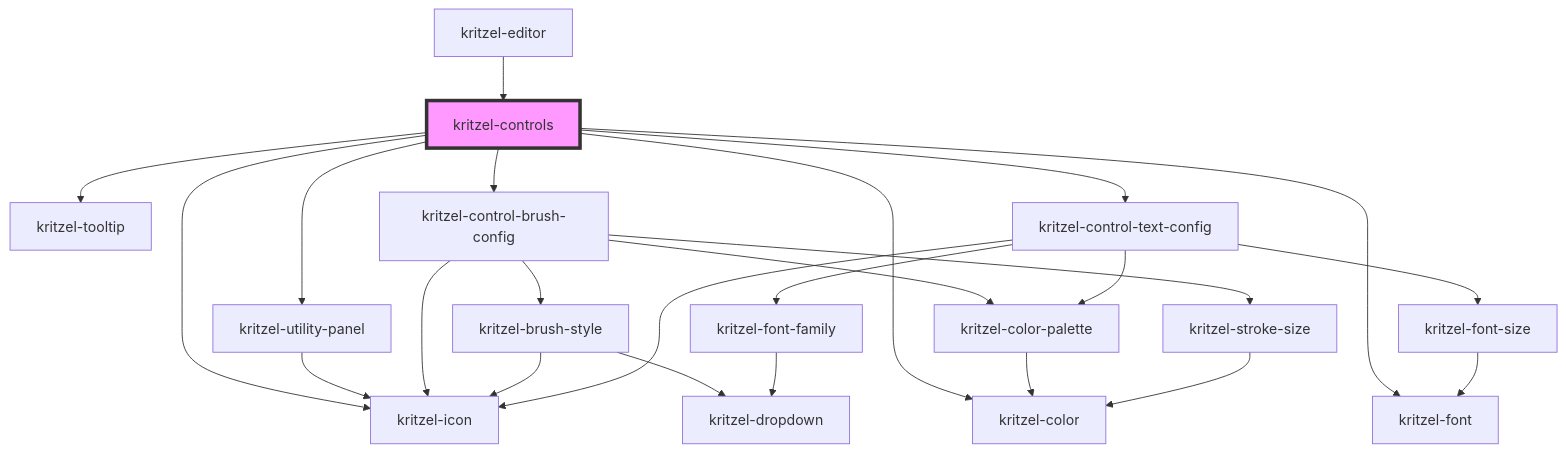
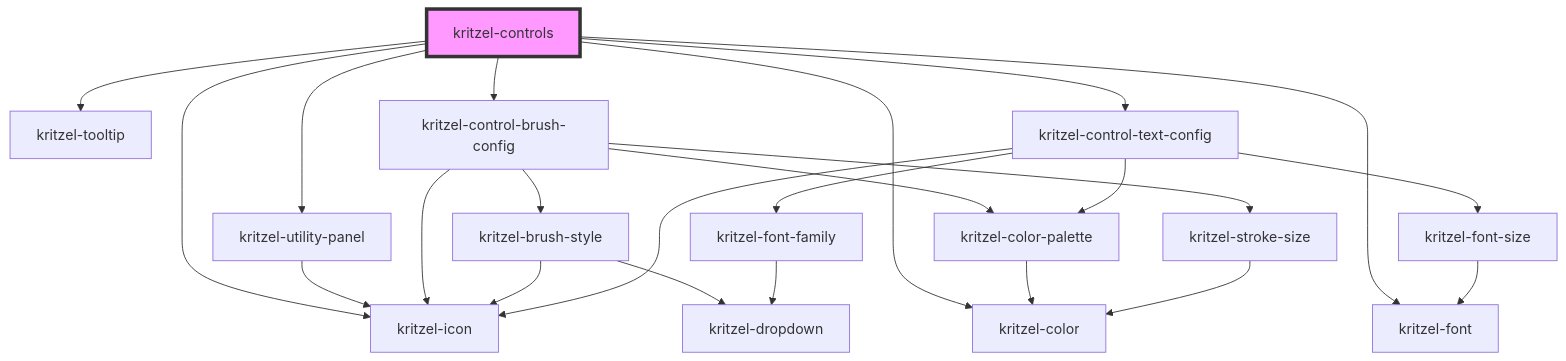
The diagram in packages/libs/kritzel-stencil/src/components/ui/kritzel-controls/readme.md (kasual1/kritzel), drawn with Mermaid before and after one commit. The commit also changed other lines of this file and 18 other files, not shown here.

````diff
--- a/packages/libs/kritzel-stencil/src/components/ui/kritzel-controls/readme.md
+++ b/packages/libs/kritzel-stencil/src/components/ui/kritzel-controls/readme.md
@@ -40,27 +36,26 @@
 ```mermaid
 graph TD;
   kritzel-controls --> kritzel-utility-panel
   kritzel-controls --> kritzel-icon
   kritzel-controls --> kritzel-tooltip
   kritzel-controls --> kritzel-control-brush-config
   kritzel-controls --> kritzel-control-text-config
   kritzel-controls --> kritzel-color
   kritzel-controls --> kritzel-font
   kritzel-utility-panel --> kritzel-icon
   kritzel-control-brush-config --> kritzel-brush-style
   kritzel-control-brush-config --> kritzel-icon
   kritzel-control-brush-config --> kritzel-color-palette
   kritzel-control-brush-config --> kritzel-stroke-size
   kritzel-brush-style --> kritzel-dropdown
   kritzel-brush-style --> kritzel-icon
   kritzel-color-palette --> kritzel-color
   kritzel-stroke-size --> kritzel-color
   kritzel-control-text-config --> kritzel-font-family
   kritzel-control-text-config --> kritzel-icon
   kritzel-control-text-config --> kritzel-color-palette
   kritzel-control-text-config --> kritzel-font-size
   kritzel-font-family --> kritzel-dropdown
   kritzel-font-size --> kritzel-font
-  kritzel-editor --> kritzel-controls
   style kritzel-controls fill:#f9f,stroke:#333,stroke-width:4px
 ```
````
